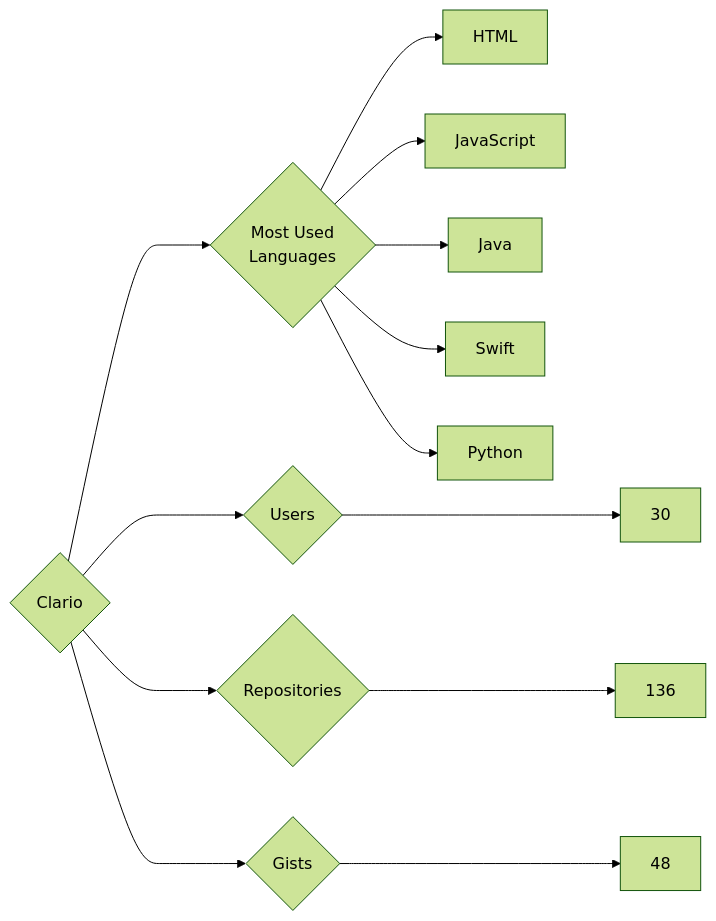
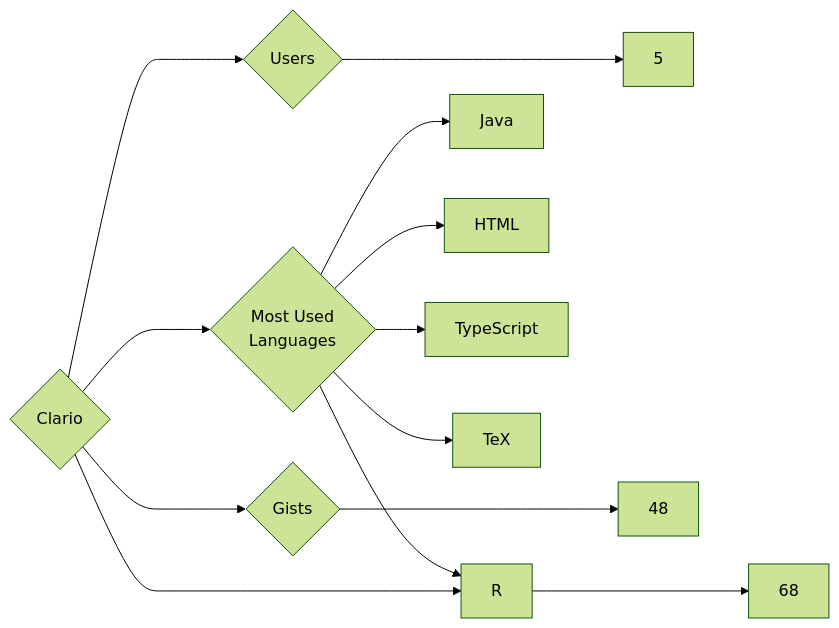
One commit to trickest/insiders changed the diagram in targets/Clario/README.md. Above: the diagram before and after it, drawn with Mermaid (forest theme). The commit also changed 912 other files, not shown here.

````diff
--- a/targets/Clario/README.md
+++ b/targets/Clario/README.md
@@ -3,13 +3,13 @@
 ```mermaid
 graph LR
 COMPANY_NAME{Clario}
-COMPANY_NAME ---> U{Users} ---> UN[30]
-COMPANY_NAME ---> R{Repositories} ---> RN[136]
+COMPANY_NAME ---> U{Users} ---> UN[5]
+COMPANY_NAME ---> R{Repositories} ---> RN[68]
 COMPANY_NAME ---> G{Gists} ---> GN[48]
 COMPANY_NAME ---> ML{Most Used<br>Languages}
+ML --> Java[Java]
 ML --> HTML[HTML]
-ML --> JavaScript[JavaScript]
-ML --> Java[Java]
-ML --> Swift[Swift]
-ML --> Python[Python]
+ML --> R[R]
+ML --> TypeScript[TypeScript]
+ML --> TeX[TeX]
 ```
````
